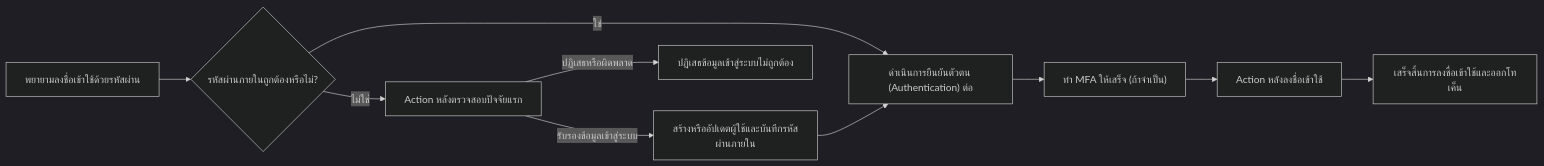
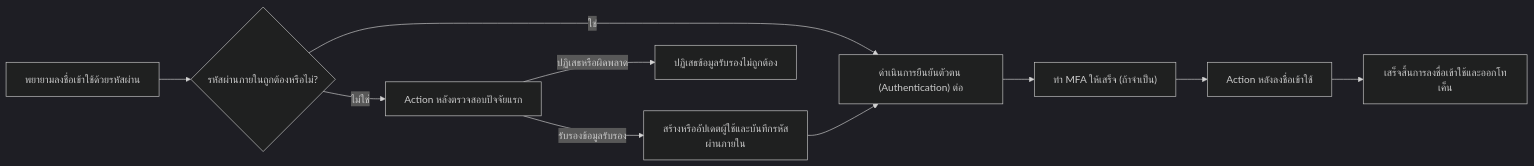
One commit to logto-io/docs changed the diagram in i18n/th/docusaurus-plugin-content-docs/current/developers/actions/README.mdx. Above: the diagram before and after it, drawn with Mermaid (dark theme). The commit also changed other lines of this file and 17 other files, not shown here.

````diff
--- a/i18n/th/docusaurus-plugin-content-docs/current/developers/actions/README.mdx
+++ b/i18n/th/docusaurus-plugin-content-docs/current/developers/actions/README.mdx
@@ -29,12 +29,12 @@
 ```mermaid
 flowchart LR
   A["พยายามลงชื่อเข้าใช้ด้วยรหัสผ่าน"] --> B{"รหัสผ่านภายในถูกต้องหรือไม่?"}
   B -->|"ใช่"| E["ดำเนินการยืนยันตัวตน (Authentication) ต่อ"]
   B -->|"ไม่ใช่"| C["Action หลังตรวจสอบปัจจัยแรก"]
-  C -->|"รับรองข้อมูลเข้าสู่ระบบ"| D["สร้างหรืออัปเดตผู้ใช้และบันทึกรหัสผ่านภายใน"]
-  C -->|"ปฏิเสธหรือผิดพลาด"| X["ปฏิเสธข้อมูลเข้าสู่ระบบไม่ถูกต้อง"]
+  C -->|"รับรองข้อมูลรับรอง"| D["สร้างหรืออัปเดตผู้ใช้และบันทึกรหัสผ่านภายใน"]
+  C -->|"ปฏิเสธหรือผิดพลาด"| X["ปฏิเสธข้อมูลรับรองไม่ถูกต้อง"]
   D --> E
   E --> F["ทำ MFA ให้เสร็จ (ถ้าจำเป็น)"]
   F --> G["Action หลังลงชื่อเข้าใช้"]
   G --> H["เสร็จสิ้นการลงชื่อเข้าใช้และออกโทเค็น"]
 ```
````
